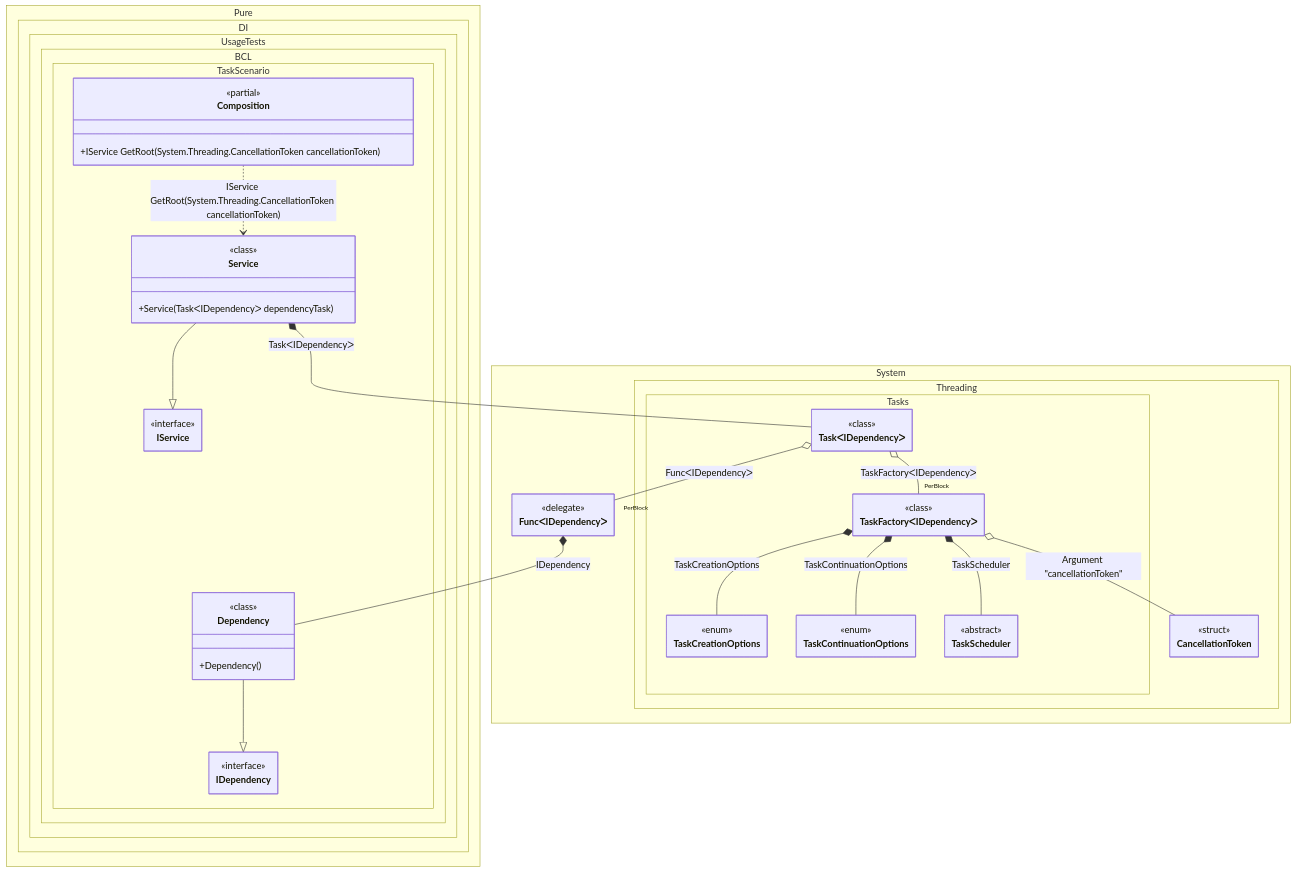
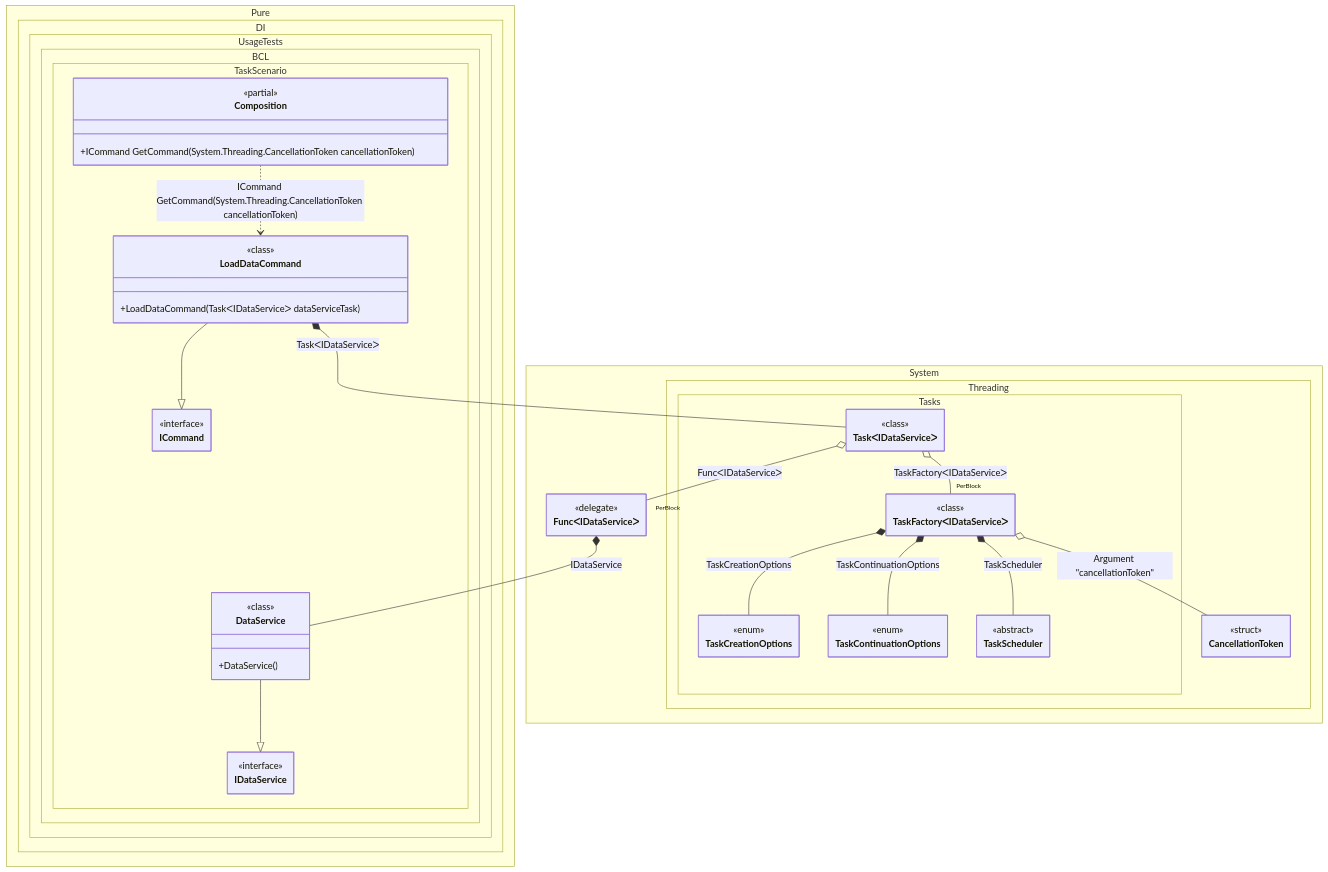
The diagram in readme/task.md (DevTeam/Pure.DI), drawn with Mermaid before and after one commit. The commit also changed other lines of this file and 126 other files, not shown here.

````diff
--- a/readme/task.md
+++ b/readme/task.md
@@ -148,68 +154,68 @@
 ```mermaid
 ---
  config:
   maxTextSize: 2147483647
   maxEdges: 2147483647
   class:
    hideEmptyMembersBox: true
 ---
 classDiagram
-	Dependency --|> IDependency
-	Service --|> IService
-	Composition ..> Service : IService GetRoot(System.Threading.CancellationToken cancellationToken)
-	Service *--  TaskᐸIDependencyᐳ : TaskᐸIDependencyᐳ
-	TaskᐸIDependencyᐳ o-- "PerBlock" FuncᐸIDependencyᐳ : FuncᐸIDependencyᐳ
-	TaskᐸIDependencyᐳ o-- "PerBlock" TaskFactoryᐸIDependencyᐳ : TaskFactoryᐸIDependencyᐳ
-	FuncᐸIDependencyᐳ *--  Dependency : IDependency
-	TaskFactoryᐸIDependencyᐳ *--  TaskCreationOptions : TaskCreationOptions
-	TaskFactoryᐸIDependencyᐳ *--  TaskContinuationOptions : TaskContinuationOptions
-	TaskFactoryᐸIDependencyᐳ *--  TaskScheduler : TaskScheduler
-	TaskFactoryᐸIDependencyᐳ o-- CancellationToken : Argument "cancellationToken"
+	DataService --|> IDataService
+	LoadDataCommand --|> ICommand
+	Composition ..> LoadDataCommand : ICommand GetCommand(System.Threading.CancellationToken cancellationToken)
+	LoadDataCommand *--  TaskᐸIDataServiceᐳ : TaskᐸIDataServiceᐳ
+	TaskᐸIDataServiceᐳ o-- "PerBlock" FuncᐸIDataServiceᐳ : FuncᐸIDataServiceᐳ
+	TaskᐸIDataServiceᐳ o-- "PerBlock" TaskFactoryᐸIDataServiceᐳ : TaskFactoryᐸIDataServiceᐳ
+	FuncᐸIDataServiceᐳ *--  DataService : IDataService
+	TaskFactoryᐸIDataServiceᐳ *--  TaskCreationOptions : TaskCreationOptions
+	TaskFactoryᐸIDataServiceᐳ *--  TaskContinuationOptions : TaskContinuationOptions
+	TaskFactoryᐸIDataServiceᐳ *--  TaskScheduler : TaskScheduler
+	TaskFactoryᐸIDataServiceᐳ o-- CancellationToken : Argument "cancellationToken"
 	namespace Pure.DI.UsageTests.BCL.TaskScenario {
 		class Composition {
 		<<partial>>
-		+IService GetRoot(System.Threading.CancellationToken cancellationToken)
+		+ICommand GetCommand(System.Threading.CancellationToken cancellationToken)
 		}
-		class Dependency {
+		class DataService {
 				<<class>>
-			+Dependency()
+			+DataService()
 		}
-		class IDependency {
+		class ICommand {
 			<<interface>>
 		}
-		class IService {
+		class IDataService {
 			<<interface>>
 		}
-		class Service {
+		class LoadDataCommand {
 				<<class>>
-			+Service(TaskᐸIDependencyᐳ dependencyTask)
+			+LoadDataCommand(TaskᐸIDataServiceᐳ dataServiceTask)
 		}
 	}
 	namespace System {
-		class FuncᐸIDependencyᐳ {
+		class FuncᐸIDataServiceᐳ {
 				<<delegate>>
 		}
 	}
 	namespace System.Threading {
 		class CancellationToken {
 				<<struct>>
 		}
 	}
 	namespace System.Threading.Tasks {
 		class TaskContinuationOptions {
 				<<enum>>
 		}
 		class TaskCreationOptions {
 				<<enum>>
 		}
-		class TaskFactoryᐸIDependencyᐳ {
+		class TaskFactoryᐸIDataServiceᐳ {
 				<<class>>
 		}
 		class TaskScheduler {
 				<<abstract>>
 		}
-		class TaskᐸIDependencyᐳ {
+		class TaskᐸIDataServiceᐳ {
 				<<class>>
 		}
 	}
 ```
````
